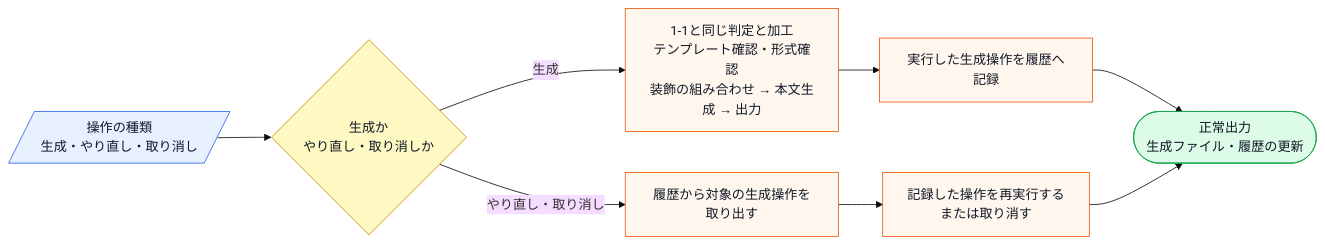
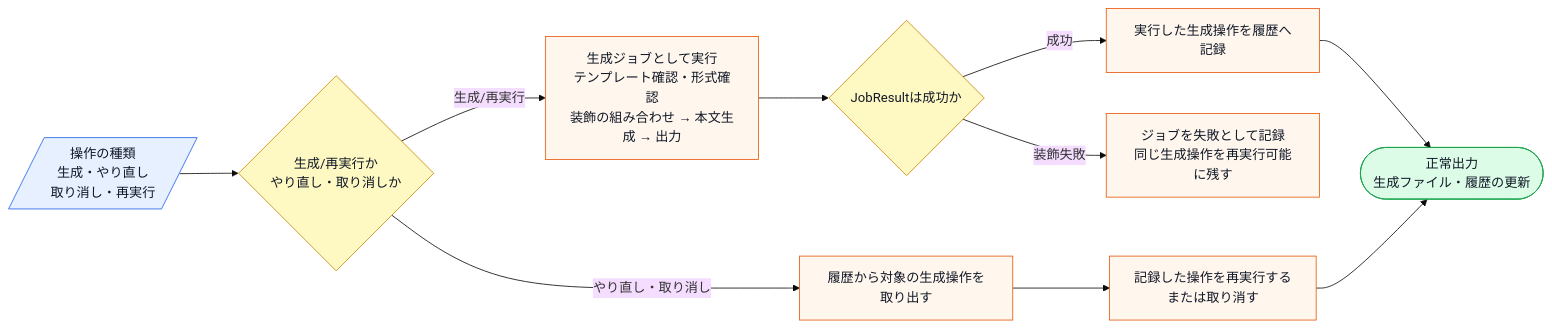
One commit to kumachan1101-pixel/DesignPattern changed the fourth of 9 diagrams in kindle/design-patterns/output/chapter11.md. Above: the diagram before and after it, drawn with Mermaid (base theme). The commit also changed other lines of this file and 5 other files, not shown here.

````diff
--- a/kindle/design-patterns/output/chapter11.md
+++ b/kindle/design-patterns/output/chapter11.md
@@ -431,15 +445,17 @@
 ```mermaid
 flowchart LR
-    A[/操作の種類<br>生成・やり直し・取り消し/]:::input --> B{生成か<br>やり直し・取り消しか}:::decision
-    B -->|生成| C[1-1と同じ判定と加工<br>テンプレート確認・形式確認<br>装飾の組み合わせ → 本文生成 → 出力]:::process
-    C --> D[実行した生成操作を履歴へ記録]:::process
+    A[/操作の種類<br>生成・やり直し<br>取り消し・再実行/]:::input --> B{生成/再実行か<br>やり直し・取り消しか}:::decision
+    B -->|生成/再実行| C[生成ジョブとして実行<br>テンプレート確認・形式確認<br>装飾の組み合わせ → 本文生成 → 出力]:::process
+    C --> J{JobResultは成功か}:::decision
+    J -->|成功| D[実行した生成操作を履歴へ記録]:::process
     D --> E([正常出力<br>生成ファイル・履歴の更新]):::normal
+    J -->|装飾失敗| K[ジョブを失敗として記録<br>同じ生成操作を再実行可能に残す]:::process
     B -->|やり直し・取り消し| F[履歴から対象の生成操作を取り出す]:::process
     F --> G[記録した操作を再実行する<br>または取り消す]:::process
     G --> E
 
     classDef input fill:#e7f0ff,stroke:#2563eb,color:#111827;
     classDef process fill:#fff7ed,stroke:#ea580c,color:#111827;
     classDef decision fill:#fef9c3,stroke:#ca8a04,color:#111827;
     classDef normal fill:#dcfce7,stroke:#16a34a,color:#111827;
 ```
````
